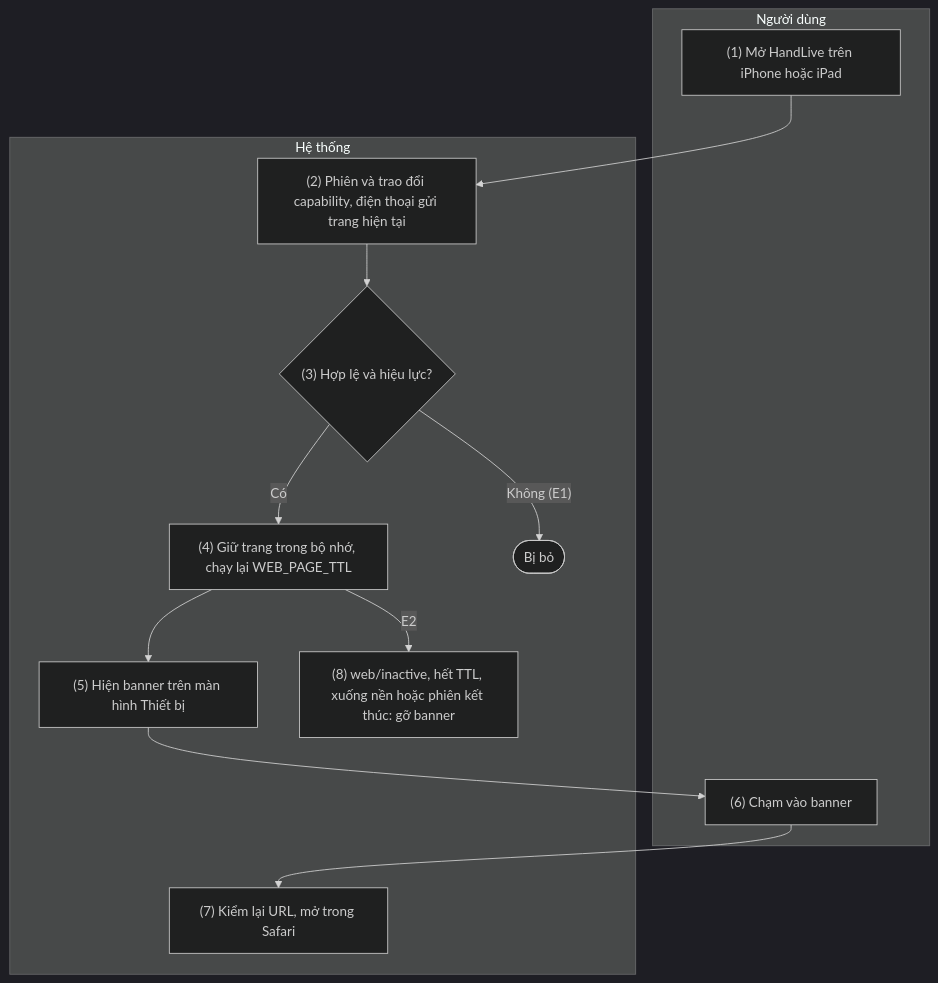
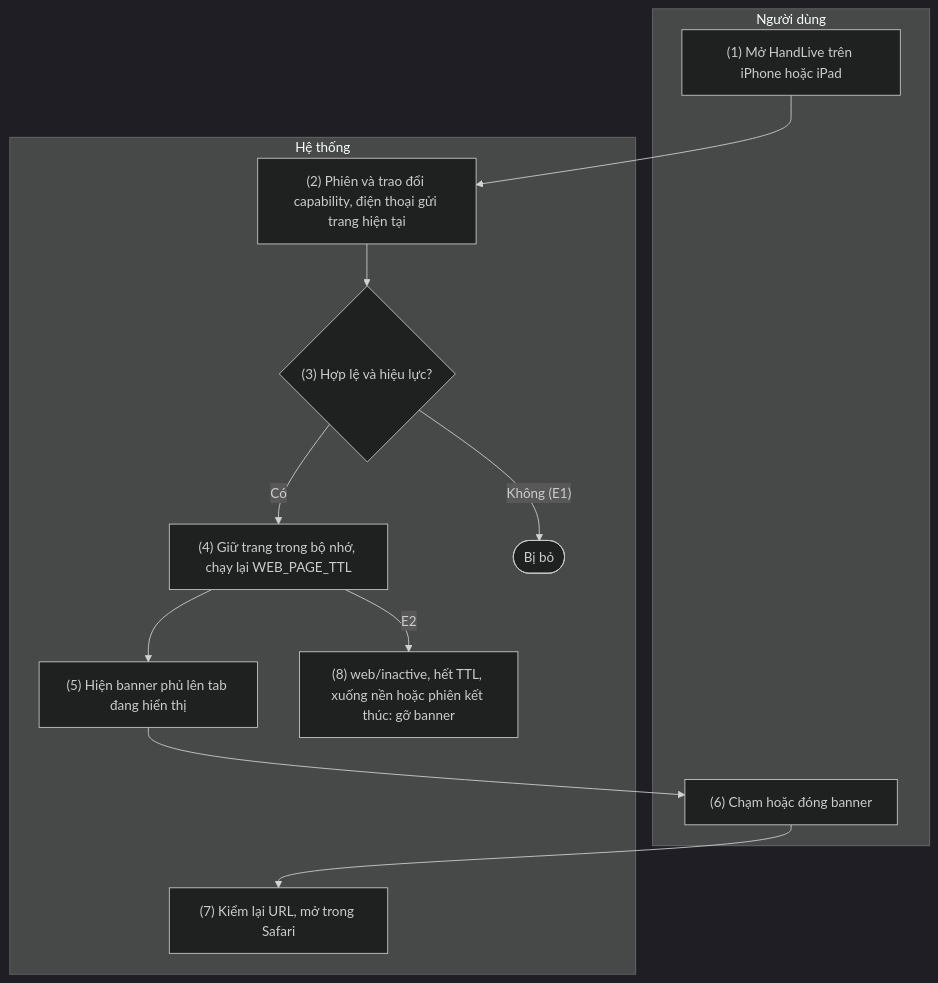
One commit to HandLive/handlive changed the fifth of 5 diagrams in docs/detailed-design/09-web-handoff.vi.md. Above: the diagram before and after it, drawn with Mermaid (dark theme). The commit also changed other lines of this file and 3 other files, not shown here.

````diff
--- a/docs/detailed-design/09-web-handoff.vi.md
+++ b/docs/detailed-design/09-web-handoff.vi.md
@@ -702,20 +705,20 @@
 ```mermaid
 flowchart TB
   subgraph ND["Người dùng"]
     U1["(1) Mở HandLive trên iPhone hoặc iPad"]
-    U6["(6) Chạm vào banner"]
+    U6["(6) Chạm hoặc đóng banner"]
   end
   subgraph HT["Hệ thống"]
     S2["(2) Phiên và trao đổi capability, điện thoại gửi trang hiện tại"]
     D3{"(3) Hợp lệ và hiệu lực?"}
     S4["(4) Giữ trang trong bộ nhớ, chạy lại WEB_PAGE_TTL"]
-    S5["(5) Hiện banner trên màn hình Thiết bị"]
+    S5["(5) Hiện banner phủ lên tab đang hiển thị"]
     S7["(7) Kiểm lại URL, mở trong Safari"]
     S8["(8) web/inactive, hết TTL, xuống nền hoặc phiên kết thúc: gỡ banner"]
     X1(["Bị bỏ"])
   end
   U1 --> S2 --> D3
   D3 -- "Không (E1)" --> X1
   D3 -- "Có" --> S4 --> S5 --> U6 --> S7
   S4 -- "E2" --> S8
 ```
````
